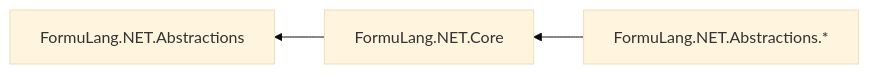
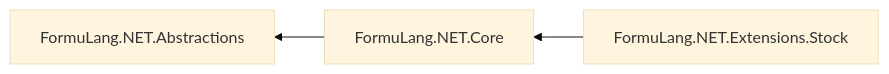
The diagram in README.md (Adisoreq/FormuLang.NET), drawn with Mermaid (base theme) before and after one commit. The commit also changed other lines of this file and 31 other files, not shown here.

````diff
--- a/README.md
+++ b/README.md
@@ -52,10 +52,10 @@
 ```mermaid
 flowchart RL
 
 A[FormuLang.NET.Abstractions]
 C[FormuLang.NET.Core]
-E[FormuLang.NET.Abstractions.*]
+ES[FormuLang.NET.Extensions.Stock]
 
-E --> C --> A
+ES --> C --> A
 
 ```
````
